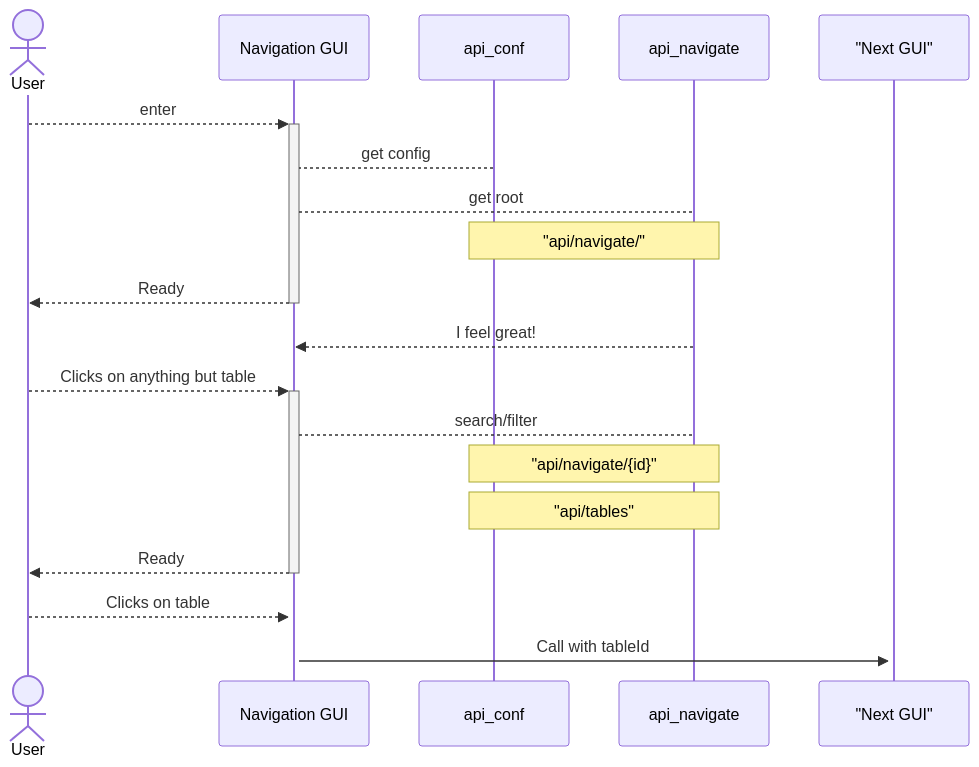
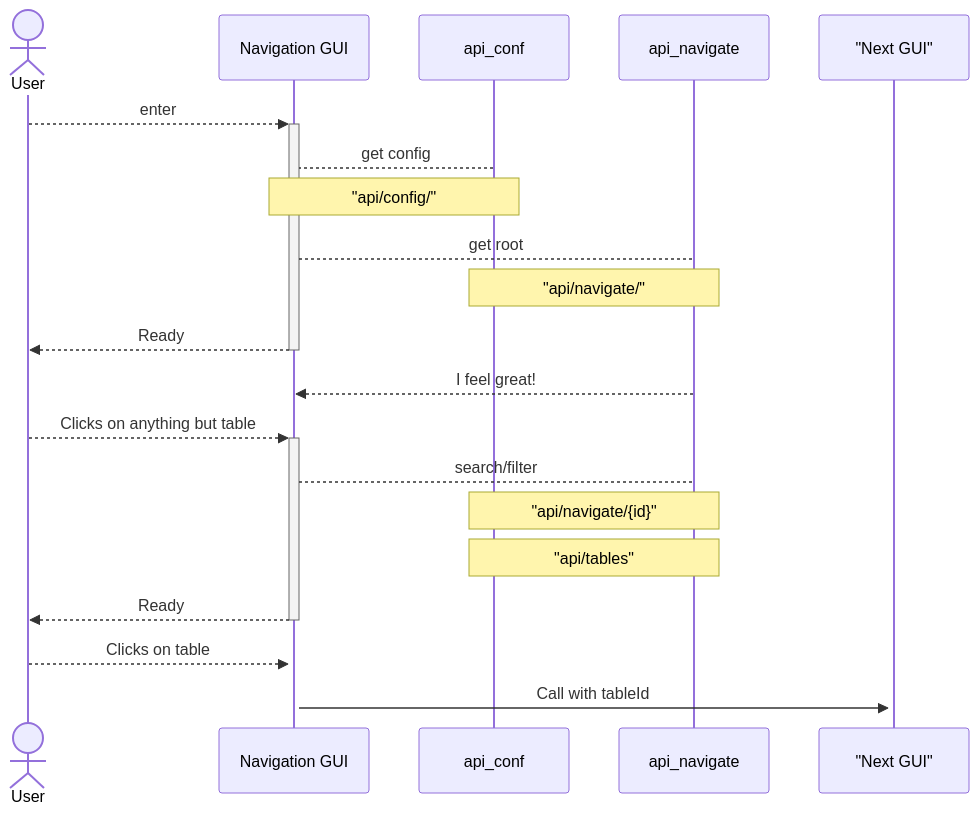
Before and after one commit to PxTools/PxApiSpecs: the diagram in sketches/NavigationGuiSeq.md, drawn with Mermaid.

Commit message:
Added "api/config" to NavigationGuiSeq.md

````diff
--- a/sketches/NavigationGuiSeq.md
+++ b/sketches/NavigationGuiSeq.md
@@ -3,18 +3,19 @@
 ```mermaid
 sequenceDiagram
     actor User
     participant GUI as Navigation GUI
     User-->>+GUI:enter
     api_conf-->GUI:get config
+    Note over GUI, api_conf: "api/config/"
     GUI-->api_navigate: get root
     Note over api_conf, api_navigate: "api/navigate/"
     GUI-->>-User: Ready
     api_navigate-->>GUI: I feel great!
     User-->>+GUI:Clicks on anything but table
     GUI-->api_navigate: search/filter
     Note over api_conf, api_navigate: "api/navigate/{id}"
     Note over api_conf, api_navigate: "api/tables"
     GUI-->>-User: Ready
     User-->>+GUI:Clicks on table
     GUI->>+"Next GUI": Call with tableId
 ```
````
